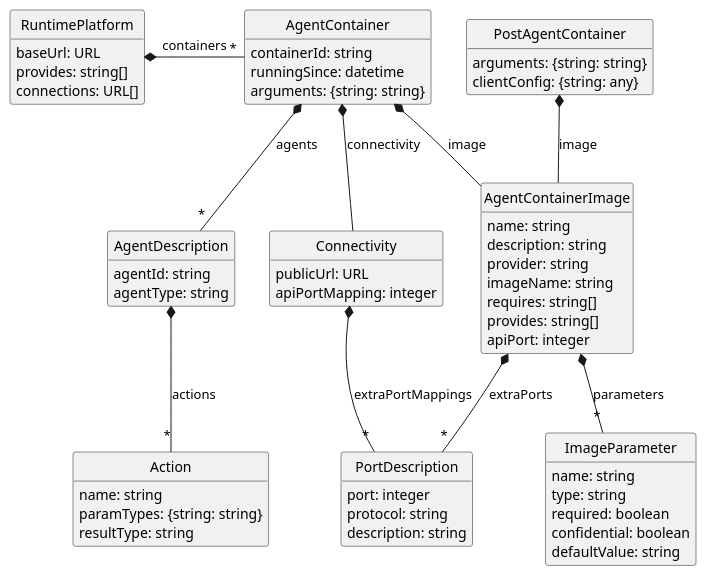
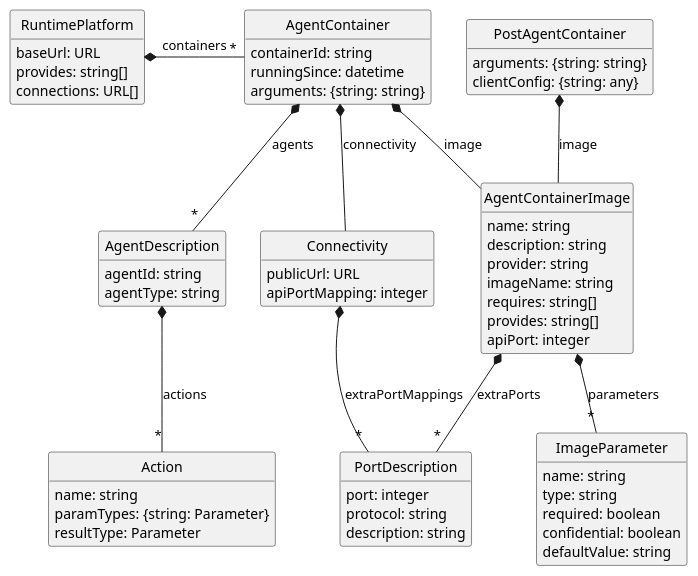
The diagram in doc/uml/models.puml (GT-ARC/opaca-core), drawn with PlantUML before and after one commit. The commit also changed 1 other file, not shown here.

```diff
--- a/doc/uml/models.puml
+++ b/doc/uml/models.puml
@@ -1,85 +1,85 @@
 @startuml models
 'https://plantuml.com/sequence-diagram
 
 hide empty methods
 hide circle
 
 
 class RuntimePlatform {
     baseUrl: URL
     provides: string[]
     connections: URL[]
 }
 RuntimePlatform *- "*" AgentContainer: containers
 
 
 class PostAgentContainer {
     arguments: {string: string}
     clientConfig: {string: any}
 }
 PostAgentContainer *-- AgentContainerImage: image
 
 class AgentContainer {
     containerId: string
     runningSince: datetime
     arguments: {string: string}
 }
 AgentContainer *-- "*" AgentDescription: agents
 AgentContainer *--  AgentContainerImage: image
 AgentContainer *-- Connectivity: connectivity
 
 class Connectivity {
     publicUrl: URL
     apiPortMapping: integer
 }
 Connectivity *-- "*" PortDescription: extraPortMappings
 
 
 class AgentContainerImage {
     name: string
     description: string
     provider: string
     imageName: string
     requires: string[]
     provides: string[]
     apiPort: integer
 }
 AgentContainerImage *-- "*" PortDescription: extraPorts
 AgentContainerImage *-- "*" ImageParameter: parameters
 
 class PortDescription {
     port: integer
     protocol: string
     description: string
 }
 ' actually "port" is not an attribute but the key in a hash map
 
 class ImageParameter {
     name: string
     type: string
     required: boolean
     confidential: boolean
     defaultValue: string
 }
 
 class AgentDescription {
     agentId: string
     agentType: string
 }
 AgentDescription *-- "*" Action: actions
 
 
 class Action {
     name: string
-    paramTypes: {string: string}
-    resultType: string
+    paramTypes: {string: Parameter}
+    resultType: Parameter
 }
 ' actually, the attributes are called "parameters" and "result", but adding "types" might be clearer
 
 class Message {
     payload: json
     replyTo: string
 }
 hide Message
 
 @enduml
```
